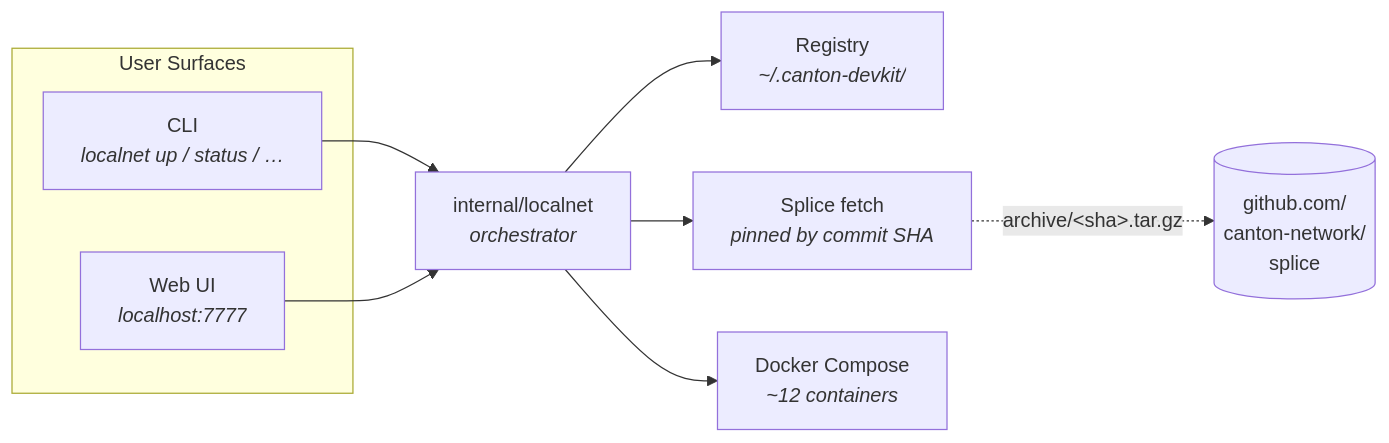
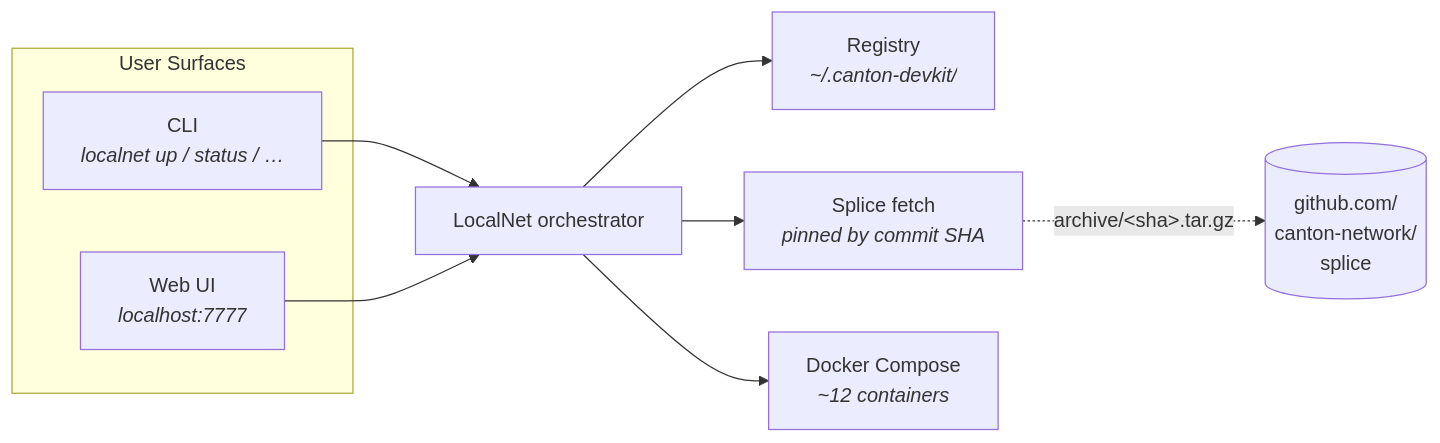
The diagram in README.md (bitdynamics-ab/canton-devkit), drawn with Mermaid before and after one commit. The commit also changed other lines of this file and 17 other files, not shown here.

````diff
--- a/README.md
+++ b/README.md
@@ -307,19 +266,19 @@
 ```mermaid
 flowchart LR
     subgraph User Surfaces
       CLI[CLI<br/><i>localnet up / status / …</i>]
       Web[Web UI<br/><i>localhost:7777</i>]
     end
-    Core[internal/localnet<br/><i>orchestrator</i>]
+    Core[LocalNet orchestrator]
     Reg[Registry<br/><i>~/.canton-devkit/</i>]
     Splice[Splice fetch<br/><i>pinned by commit SHA</i>]
     Docker[Docker Compose<br/><i>~12 containers</i>]
     Upstream[(github.com/<br/>canton-network/<br/>splice)]
 
     CLI --> Core
     Web --> Core
     Core --> Reg
     Core --> Splice
     Core --> Docker
     Splice -.->|"archive/&lt;sha&gt;.tar.gz"| Upstream
 ```
````
